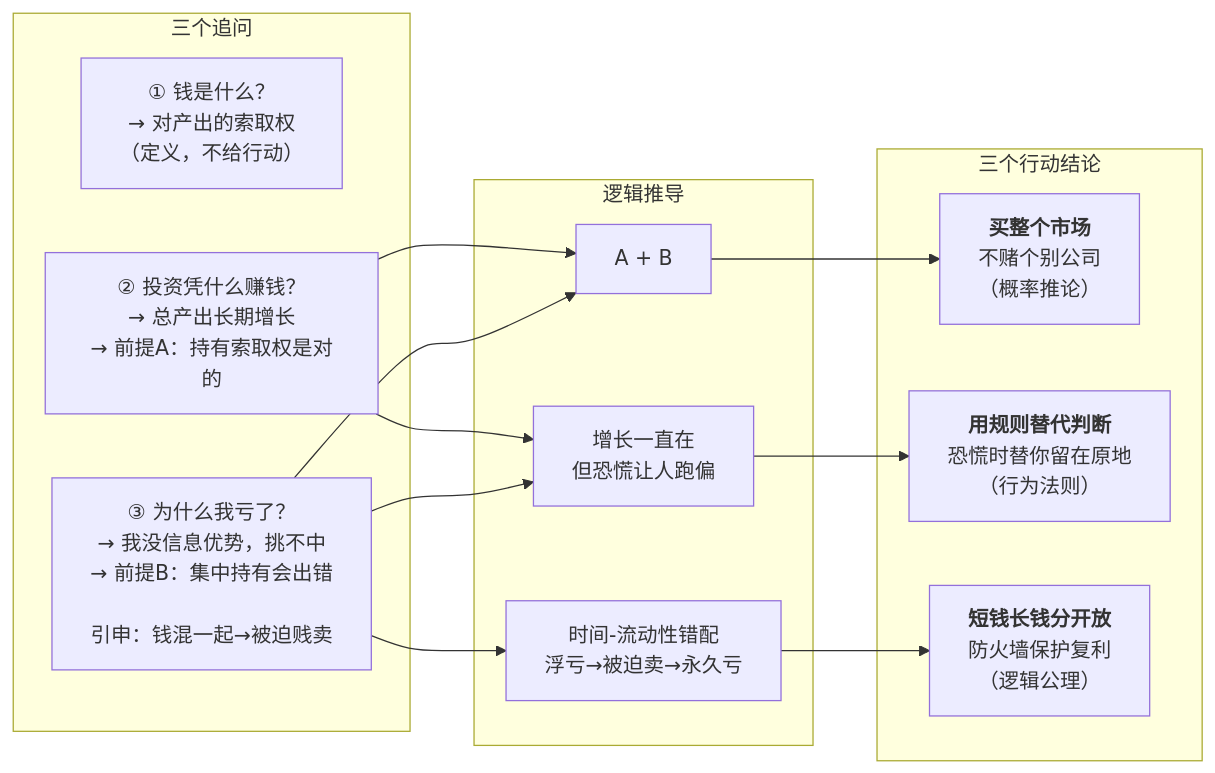
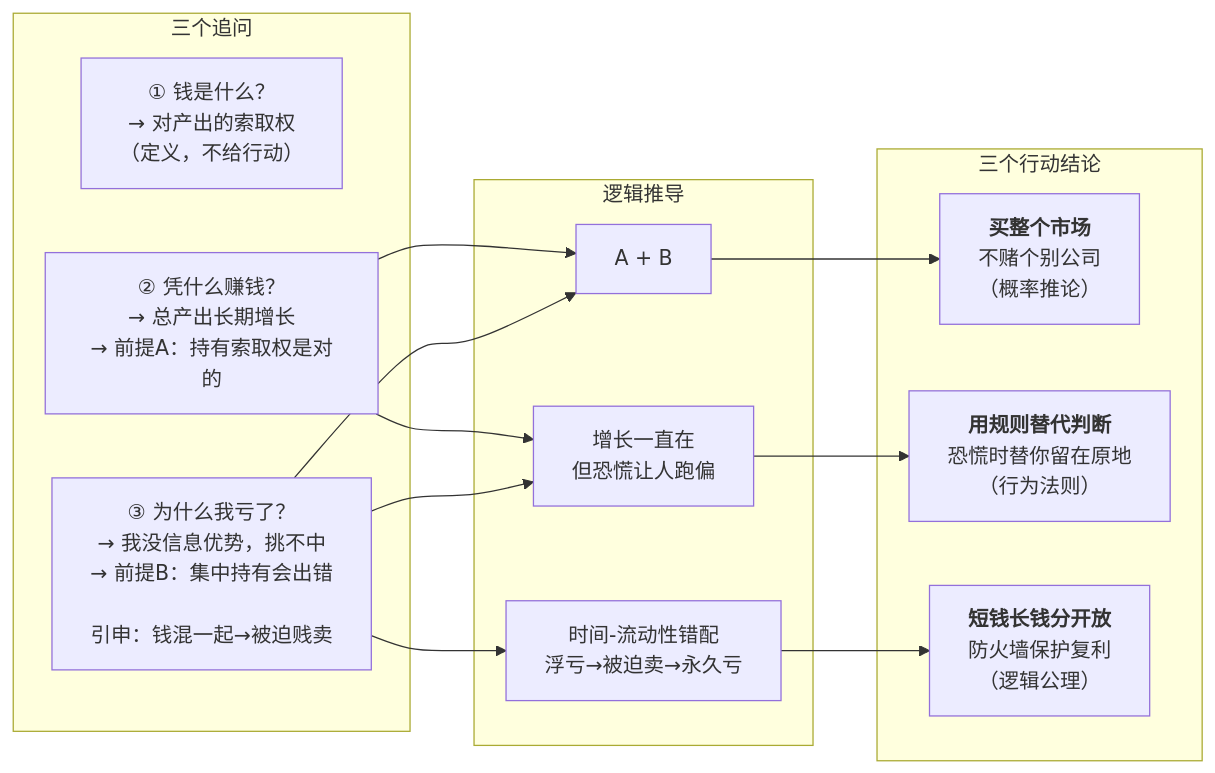
The first of 2 diagrams in money-system-first-principles.md (pengjizhang/pengjizhang.github.io), drawn with Mermaid before and after one commit. The commit also changed other lines of this file, not shown here.

````diff
--- a/money-system-first-principles.md
+++ b/money-system-first-principles.md
@@ -57,30 +63,30 @@
 ```mermaid
 flowchart LR
     subgraph 追问["三个追问"]
         Q1["① 钱是什么？<br/>→ 对产出的索取权<br/>（定义，不给行动）"]
-        Q2["② 投资凭什么赚钱？<br/>→ 总产出长期增长<br/>→ 前提A：持有索取权是对的"]
+        Q2["② 凭什么赚钱？<br/>→ 总产出长期增长<br/>→ 前提A：持有索取权是对的"]
         Q3["③ 为什么我亏了？<br/>→ 我没信息优势，挑不中<br/>→ 前提B：集中持有会出错<br/><br/>引申：钱混一起→被迫贱卖"]
     end
 
     subgraph 推导["逻辑推导"]
         D1["A + B"]
         D2["增长一直在<br/>但恐慌让人跑偏"]
         D3["时间-流动性错配<br/>浮亏→被迫卖→永久亏"]
     end
 
     subgraph 结论["三个行动结论"]
         C1["<b>买整个市场</b><br/>不赌个别公司<br/>（概率推论）"]
         C2["<b>用规则替代判断</b><br/>恐慌时替你留在原地<br/>（行为法则）"]
         C3["<b>短钱长钱分开放</b><br/>防火墙保护复利<br/>（逻辑公理）"]
     end
 
     Q2 --> D1
     Q3 --> D1
     Q3 --> D3
     Q2 --> D2
     Q3 --> D2
 
     D1 --> C1
     D2 --> C2
     D3 --> C3
 ```
````
